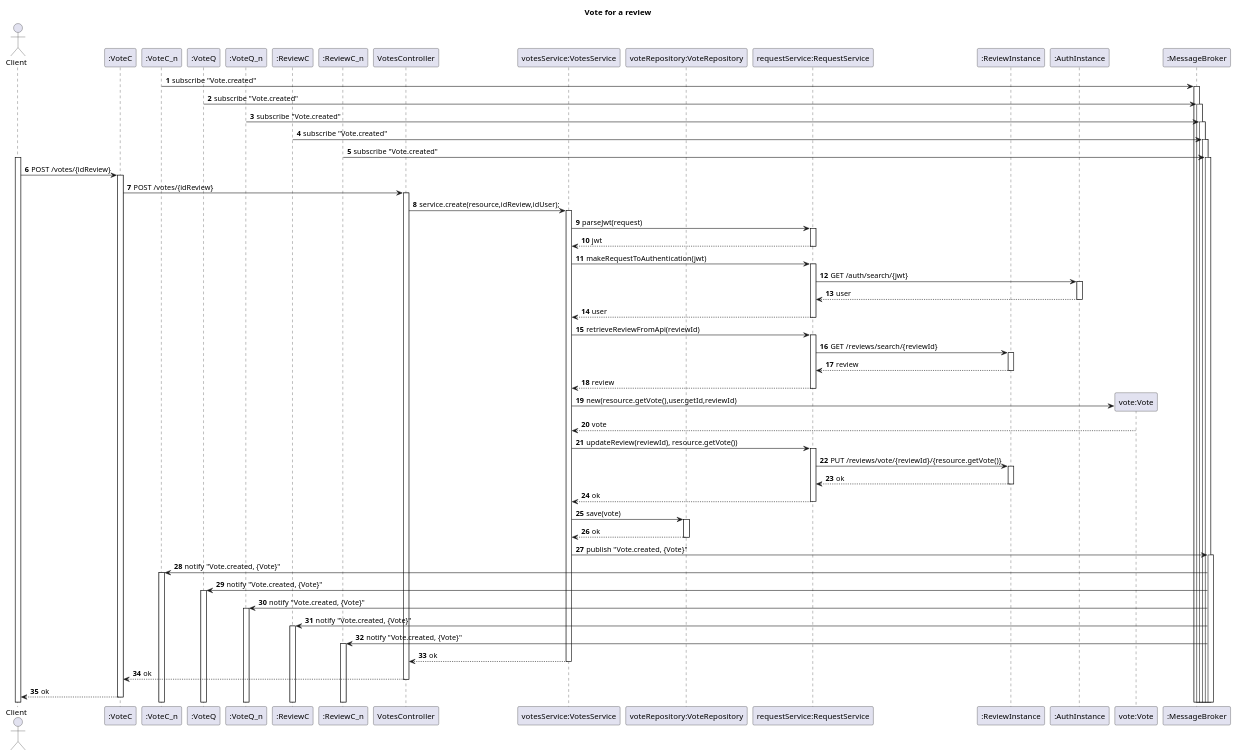
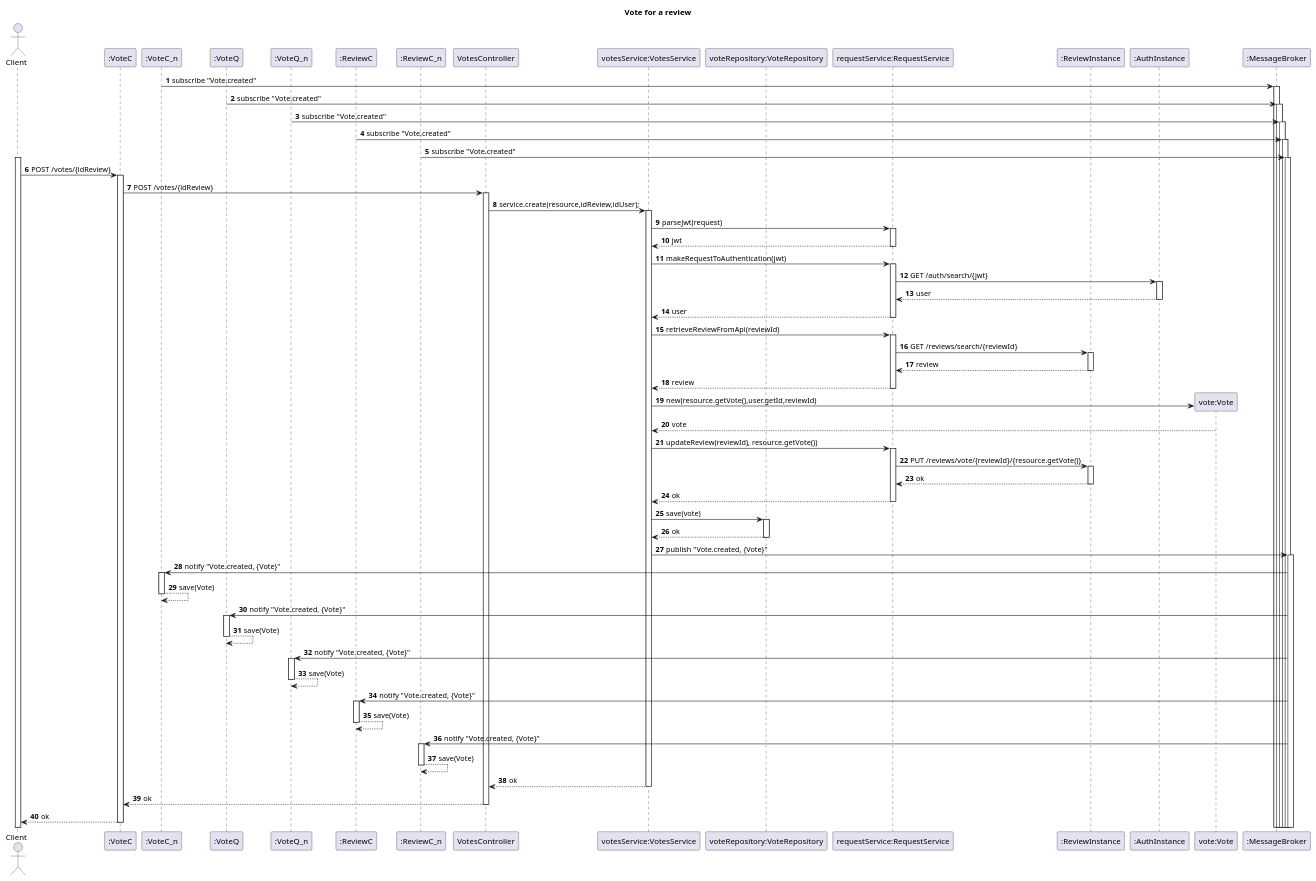
Before and after one commit to TiagoNora/SIDIS-Docs: the diagram in Docs/US06-SD.puml, drawn with PlantUML. The commit also changed 1 other file, not shown here.

```diff
--- a/Docs/US06-SD.puml
+++ b/Docs/US06-SD.puml
@@ -1,68 +1,73 @@
 @startuml
 'https://plantuml.com/sequence-diagram
 
 title Vote for a review
 autoactivate on
 autonumber
 
 actor "Client" as User
 participant ":VoteC" as voteC
 participant ":VoteC_n" as voteC_n
 participant ":VoteQ" as voteQ
 participant ":VoteQ_n" as voteQ_n
 participant ":ReviewC" as reviewC
 participant ":ReviewC_n" as reviewC_n
 participant "VotesController" as Ctrl
 participant "votesService:VotesService" as service
 participant "voteRepository:VoteRepository" as repo
 participant "requestService:RequestService" as request
 participant ":ReviewInstance" as instance
 participant ":AuthInstance" as instanceAuth
 
 participant "vote:Vote" as vote
 participant ":MessageBroker" as broker
 
 
 voteC_n -> broker: subscribe "Vote.created"
 voteQ -> broker: subscribe "Vote.created"
 voteQ_n -> broker: subscribe "Vote.created"
 reviewC -> broker: subscribe "Vote.created"
 reviewC_n -> broker: subscribe "Vote.created"
 
 activate User
 User -> voteC : POST /votes/{idReview}
 voteC -> Ctrl:  POST /votes/{idReview}
 Ctrl -> service : service.create(resource,idReview,idUser);
 service -> request: parseJwt(request)
 request --> service: jwt
 service -> request: makeRequestToAuthentication(jwt)
 request -> instanceAuth: GET /auth/search/{jwt}
 instanceAuth --> request: user
 request --> service: user
 
 service -> request:retrieveReviewFromApi(reviewId)
 request -> instance: GET /reviews/search/{reviewId}
 instance --> request: review
 request --> service: review
 
 service -> vote**: new(resource.getVote(),user.getId,reviewId)
 vote --> service: vote
 service -> request: updateReview(reviewId), resource.getVote())
 request -> instance: PUT /reviews/vote/{reviewId}/{resource.getVote()}
 instance --> request: ok
 request --> service: ok
 service -> repo: save(vote)
 repo --> service: ok
 service -> broker: publish "Vote.created, {Vote}"
 
 voteC_n <- broker: notify "Vote.created, {Vote}"
+voteC_n --> voteC_n: save(Vote)
 voteQ <- broker: notify "Vote.created, {Vote}"
+voteQ --> voteQ: save(Vote)
 voteQ_n <- broker: notify "Vote.created, {Vote}"
+voteQ_n --> voteQ_n: save(Vote)
 reviewC <- broker: notify "Vote.created, {Vote}"
+reviewC --> reviewC: save(Vote)
 reviewC_n <- broker: notify "Vote.created, {Vote}"
+reviewC_n --> reviewC_n: save(Vote)
 
 service --> Ctrl: ok
 Ctrl --> voteC: ok
 voteC --> User: ok
 
 @enduml
```
